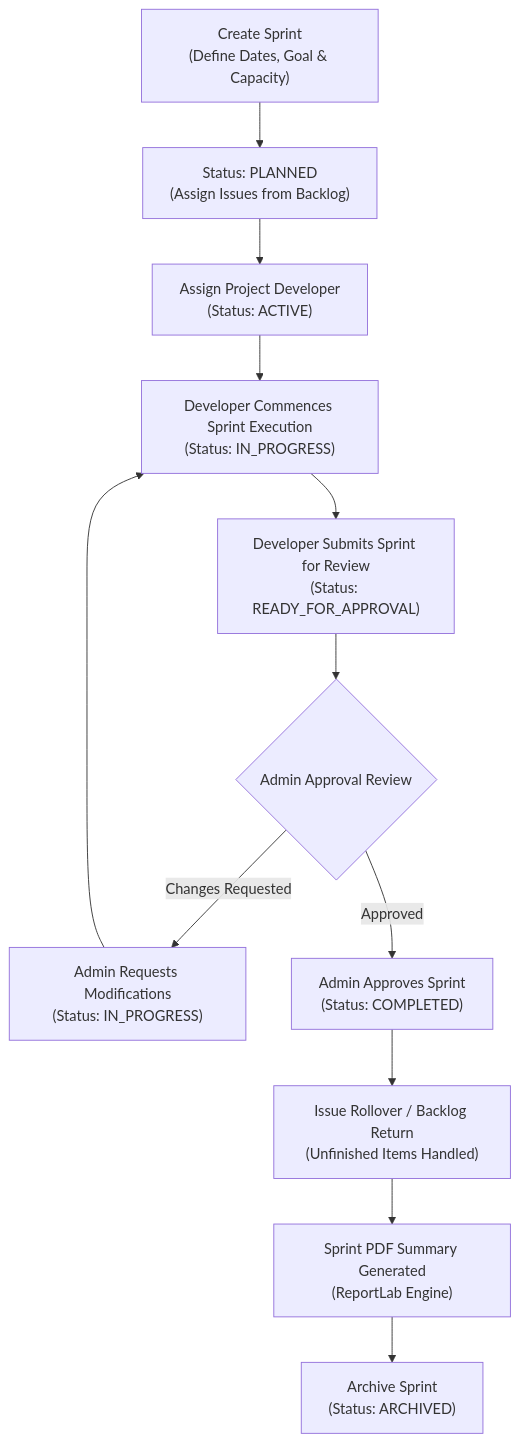
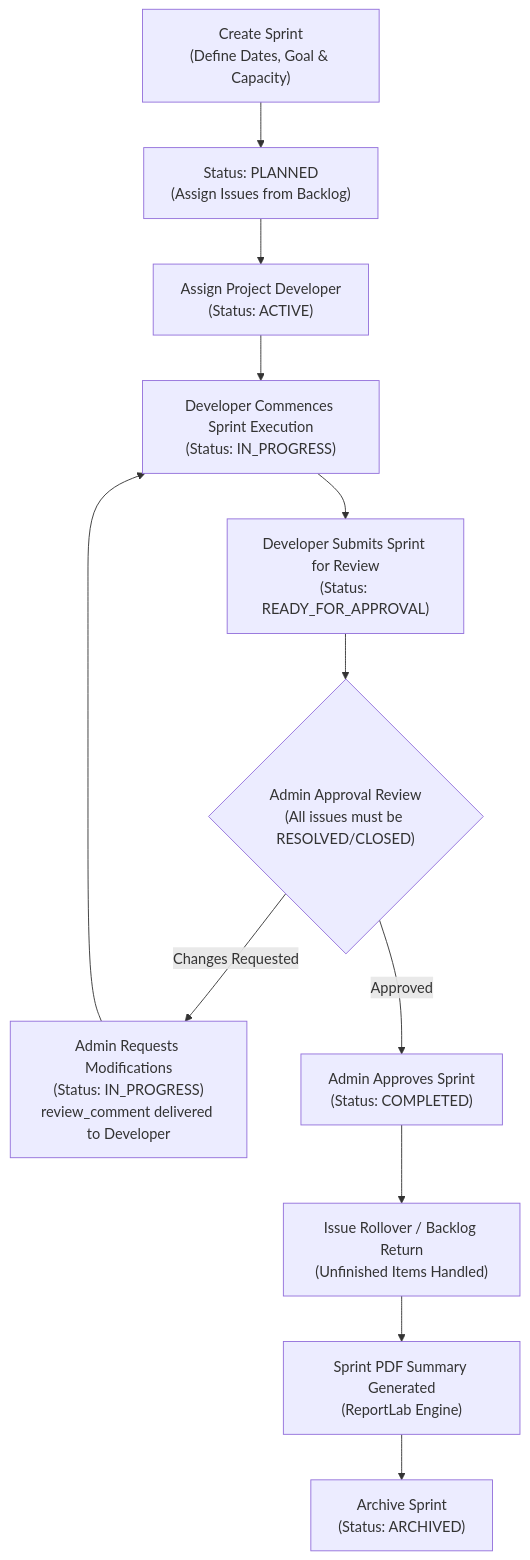
One commit to AjayKumarKR07/TracePilot changed the third of 4 diagrams in README.md. Above: the diagram before and after it, drawn with Mermaid. The commit also changed other lines of this file, not shown here.

Commit message:
docs: update badge versions, features, and architecture details in README

````diff
--- a/README.md
+++ b/README.md
@@ -245,14 +243,14 @@
 ```mermaid
 flowchart TD
     A["Create Sprint<br/>(Define Dates, Goal & Capacity)"] --> B["Status: PLANNED<br/>(Assign Issues from Backlog)"]
     B --> C["Assign Project Developer<br/>(Status: ACTIVE)"]
     C --> D["Developer Commences Sprint Execution<br/>(Status: IN_PROGRESS)"]
     D --> E["Developer Submits Sprint for Review<br/>(Status: READY_FOR_APPROVAL)"]
-    E --> F{"Admin Approval Review"}
-    F -->|Changes Requested| G["Admin Requests Modifications<br/>(Status: IN_PROGRESS)"]
+    E --> F{"Admin Approval Review<br/>(All issues must be RESOLVED/CLOSED)"}
+    F -->|Changes Requested| G["Admin Requests Modifications<br/>(Status: IN_PROGRESS)<br/>review_comment delivered to Developer"]
     G --> D
     F -->|Approved| H["Admin Approves Sprint<br/>(Status: COMPLETED)"]
     H --> I["Issue Rollover / Backlog Return<br/>(Unfinished Items Handled)"]
     I --> J["Sprint PDF Summary Generated<br/>(ReportLab Engine)"]
     J --> K["Archive Sprint<br/>(Status: ARCHIVED)"]
 ```
````
